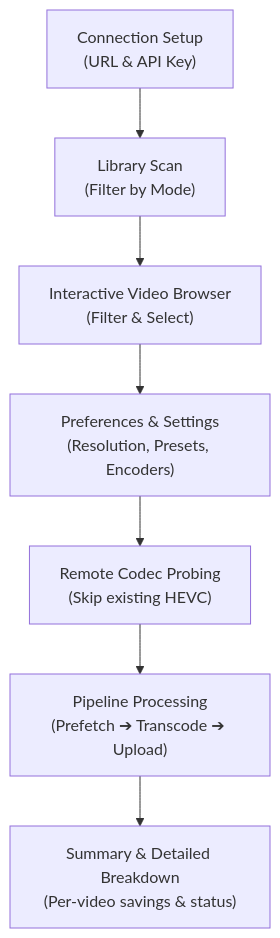
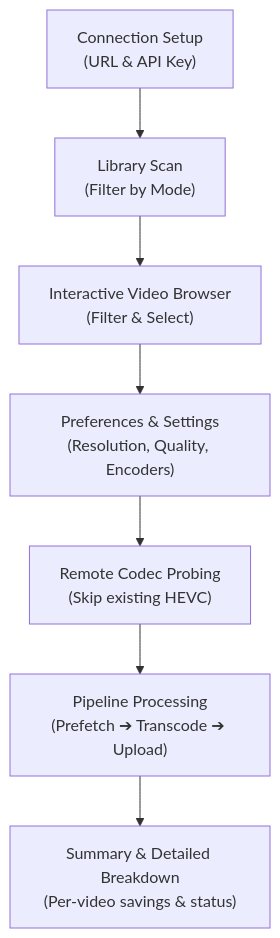
The diagram in README.md (dragosmiron/immich-video-optimizer), drawn with Mermaid before and after one commit. The commit also changed other lines of this file and 5 other files, not shown here.

````diff
--- a/README.md
+++ b/README.md
@@ -103,9 +103,9 @@
 ```mermaid
 flowchart TD
     A["Connection Setup<br/>(URL & API Key)"] --> B["Library Scan<br/>(Filter by Mode)"]
     B --> C["Interactive Video Browser<br/>(Filter & Select)"]
-    C --> D["Preferences & Settings<br/>(Resolution, Presets, Encoders)"]
+    C --> D["Preferences & Settings<br/>(Resolution, Quality, Encoders)"]
     D --> E["Remote Codec Probing<br/>(Skip existing HEVC)"]
     E --> F["Pipeline Processing<br/>(Prefetch ➔ Transcode ➔ Upload)"]
     F --> G["Summary & Detailed Breakdown<br/>(Per-video savings & status)"]
 ```
````
